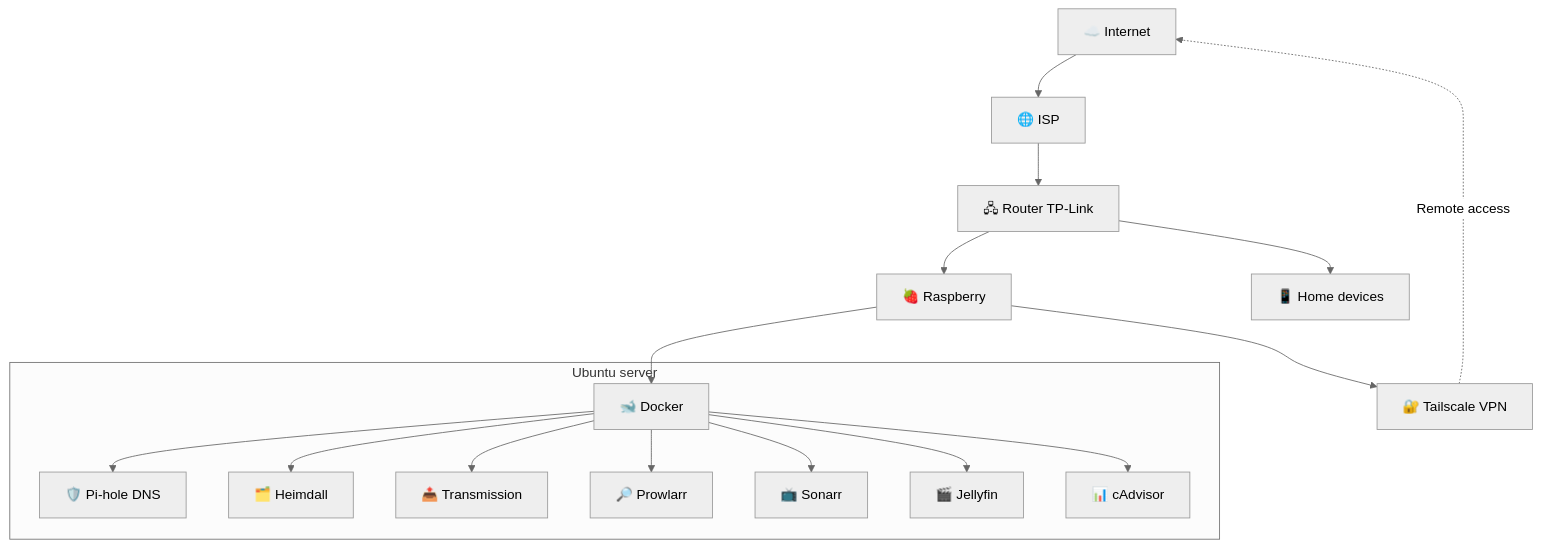
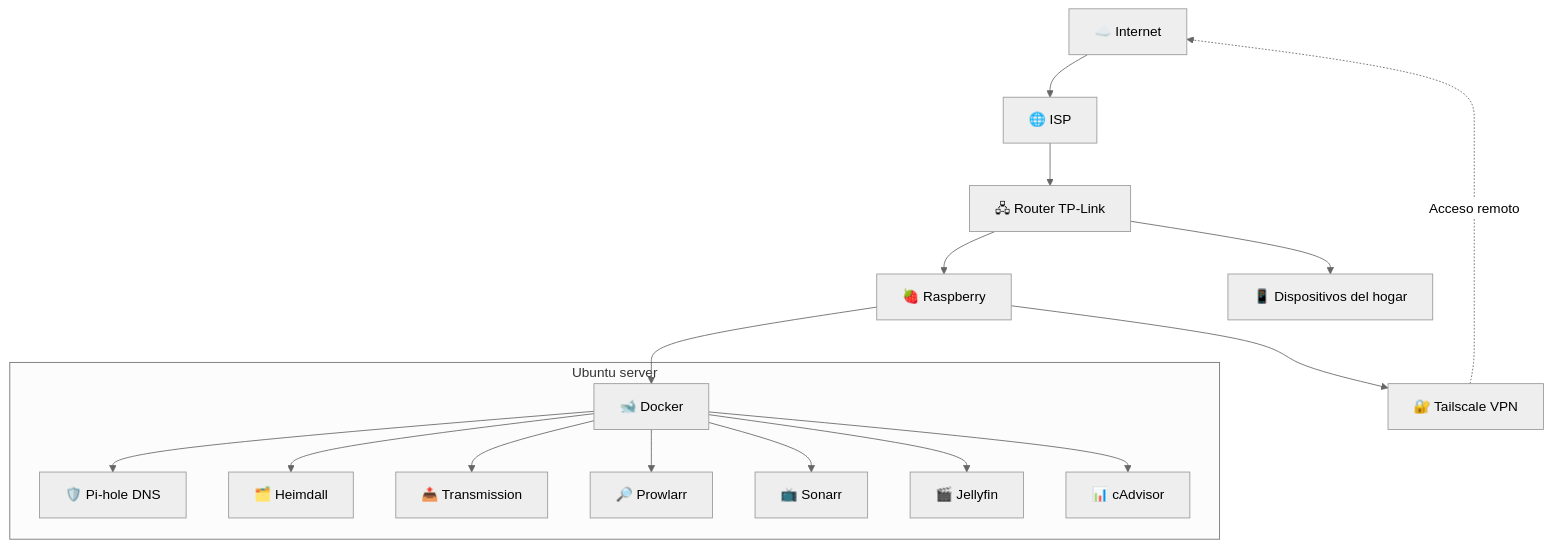
The diagram in README.md (dcerbero/homelab), drawn with Mermaid (neutral theme) before and after one commit. The commit also changed other lines of this file and 5 other files, not shown here.

````diff
--- a/README.md
+++ b/README.md
@@ -5,33 +5,33 @@
 ```mermaid
 graph TD
     Internet[☁️ Internet]
     RouterISP[🌐 ISP]
     TPLink[🖧 Router TP-Link]
     Pi[🍓  Raspberry]
-    Devices[📱 Home devices]
+    Devices[📱 Dispositivos del hogar]
     Tailscale[🔐 Tailscale VPN]
     PiHole[🛡️  Pi-hole DNS]
     Heimdall[🗂️ Heimdall]
     Transmission[📤 Transmission]
     Prowlarr[🔎 Prowlarr]
     Sonarr[📺 Sonarr]
     Jellyfin[🎬 Jellyfin ]
     cAdvisor[📊 cAdvisor]
     Docker[🐋 Docker]
 
     Internet --> RouterISP --> TPLink
     TPLink --> Pi
     Pi --> Docker
     Pi --> Tailscale
     subgraph Ubuntu server
     Docker --> cAdvisor
     Docker --> Heimdall
     Docker --> PiHole
     Docker --> Transmission
     Docker --> Prowlarr
     Docker --> Sonarr
     Docker --> Jellyfin
     end
     TPLink --> Devices
-    Tailscale -.->|Remote access| Internet
+    Tailscale -.->|Acceso remoto| Internet
 ```
````
